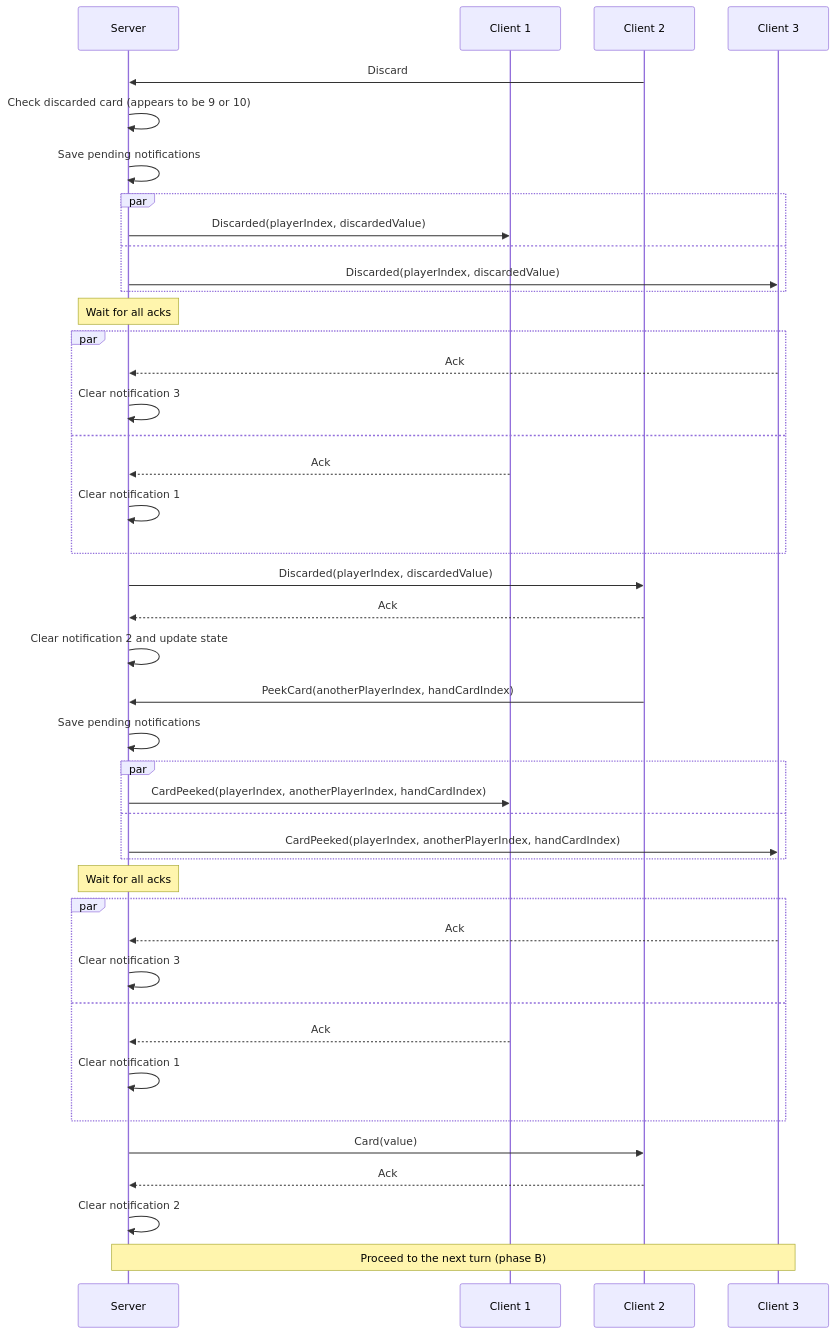
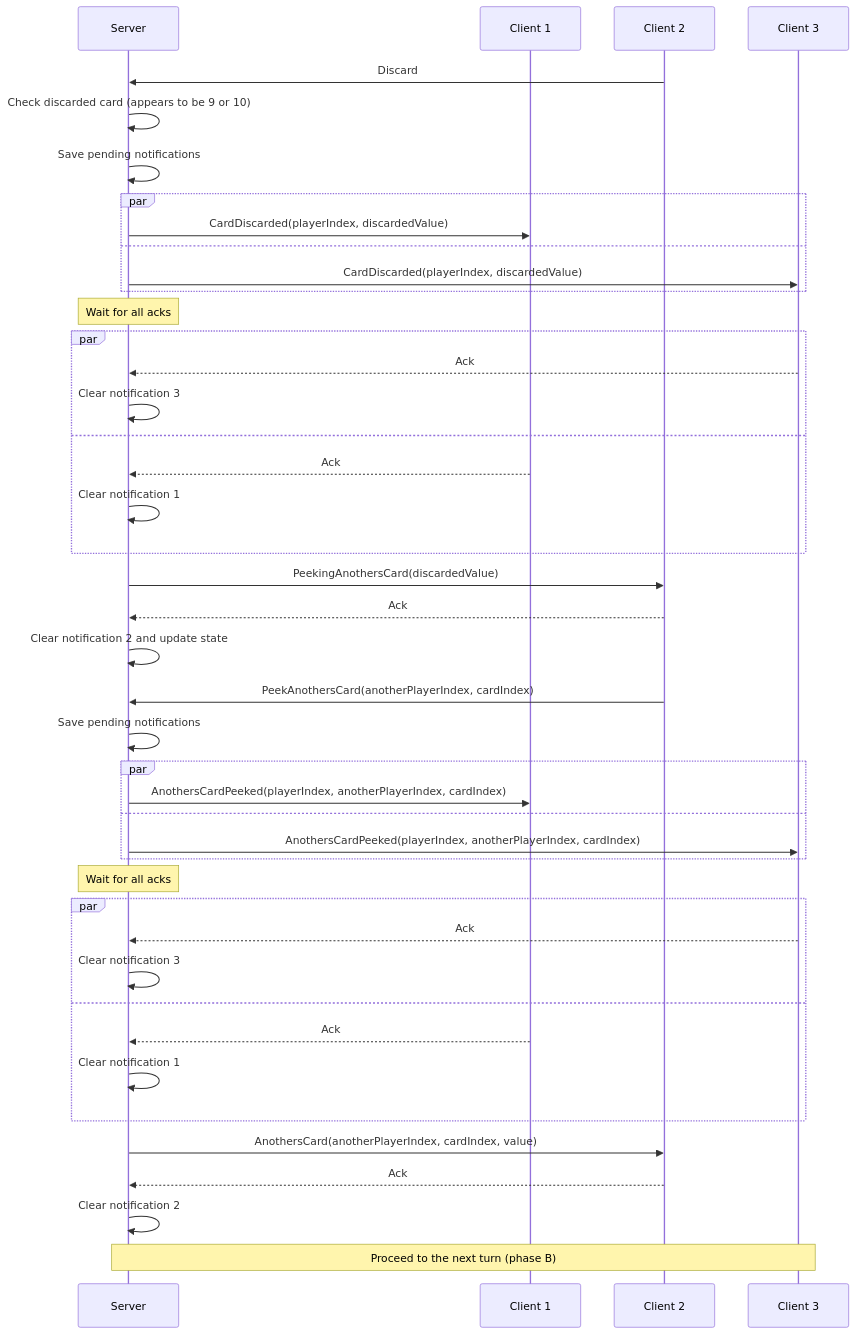
One commit to roman-zubarevich/another changed diagram 12 of 15 in README.md. Above: the diagram before and after it, drawn with Mermaid. The commit also changed other lines of this file, not shown here.

````diff
--- a/README.md
+++ b/README.md
@@ -355,45 +355,45 @@
 ```mermaid
 sequenceDiagram
     participant S as Server
     participant C1 as Client 1
     participant C2 as Client 2
     participant C3 as Client 3
     C2->>S: Discard
     S->>S: Check discarded card (appears to be 9 or 10)
     S->>S: Save pending notifications
     par
-        S->>C1: Discarded(playerIndex, discardedValue)
+        S->>C1: CardDiscarded(playerIndex, discardedValue)
     and
-        S->>C3: Discarded(playerIndex, discardedValue)
+        S->>C3: CardDiscarded(playerIndex, discardedValue)
     end
     Note over S: Wait for all acks
     par
         C3-->>S: Ack
         S->>S: Clear notification 3
     and
         C1-->>S: Ack
         S->>S: Clear notification 1
     end
-    S->>C2: Discarded(playerIndex, discardedValue)
+    S->>C2: PeekingAnothersCard(discardedValue)
     C2-->>S: Ack
     S->>S: Clear notification 2 and update state
-    C2->>S: PeekCard(anotherPlayerIndex, handCardIndex)
+    C2->>S: PeekAnothersCard(anotherPlayerIndex, cardIndex)
     S->>S: Save pending notifications
     par
-        S->>C1: CardPeeked(playerIndex, anotherPlayerIndex, handCardIndex)
+        S->>C1: AnothersCardPeeked(playerIndex, anotherPlayerIndex, cardIndex)
     and
-        S->>C3: CardPeeked(playerIndex, anotherPlayerIndex, handCardIndex)
+        S->>C3: AnothersCardPeeked(playerIndex, anotherPlayerIndex, cardIndex)
     end
     Note over S: Wait for all acks
     par
         C3-->>S: Ack
         S->>S: Clear notification 3
     and
         C1-->>S: Ack
         S->>S: Clear notification 1
     end
-    S->>C2: Card(value)
+    S->>C2: AnothersCard(anotherPlayerIndex, cardIndex, value)
     C2-->>S: Ack
     S->>S: Clear notification 2
     Note over S,C3: Proceed to the next turn (phase B)
 ```
````
